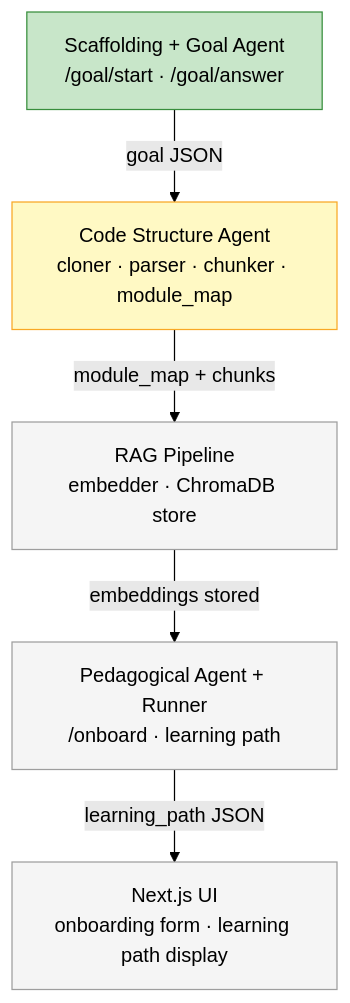
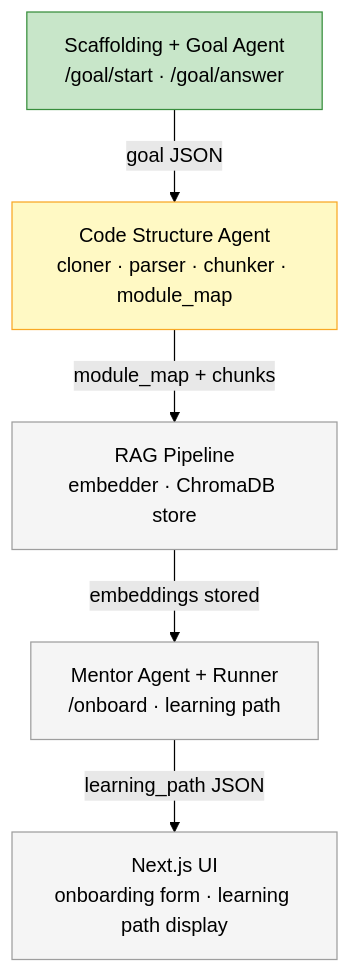
Before and after one commit to talziv2/CodeOnboard: the diagram in docs/planning/phases/phase1.md, drawn with Mermaid (forest theme). The commit also changed other lines of this file and 6 other files, not shown here.

Commit message:
docs: rename Pedagogical Agent to Mentor Agent

````diff
--- a/docs/planning/phases/phase1.md
+++ b/docs/planning/phases/phase1.md
@@ -11,19 +11,19 @@
 ```mermaid
 graph TB
     P1["Scaffolding + Goal Agent<br/>/goal/start · /goal/answer"]
     P2["Code Structure Agent<br/>cloner · parser · chunker · module_map"]
     P3["RAG Pipeline<br/>embedder · ChromaDB store"]
-    P4["Pedagogical Agent + Runner<br/>/onboard · learning path"]
+    P4["Mentor Agent + Runner<br/>/onboard · learning path"]
     P5["Next.js UI<br/>onboarding form · learning path display"]
 
     P1 -->|"goal JSON"| P2
     P2 -->|"module_map + chunks"| P3
     P3 -->|"embeddings stored"| P4
     P4 -->|"learning_path JSON"| P5
 
     style P1 fill:#c8e6c9,stroke:#388e3c
     style P2 fill:#fff9c4,stroke:#f9a825
     style P3 fill:#f5f5f5,stroke:#9e9e9e
     style P4 fill:#f5f5f5,stroke:#9e9e9e
     style P5 fill:#f5f5f5,stroke:#9e9e9e
 ```
````
